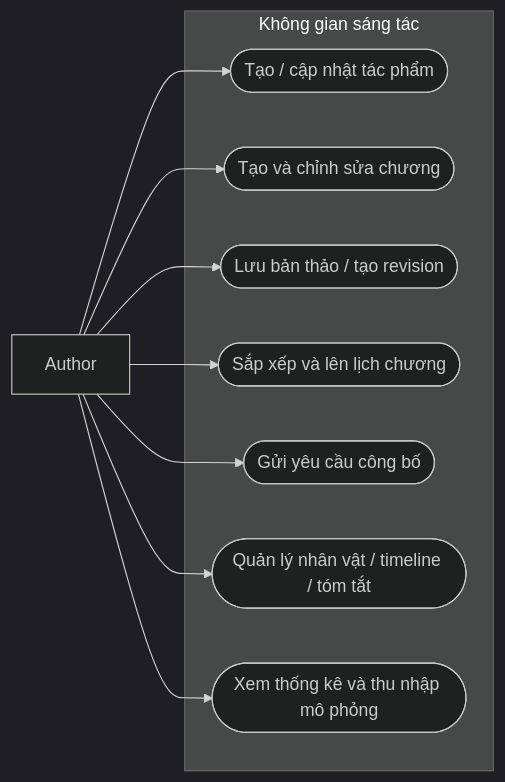
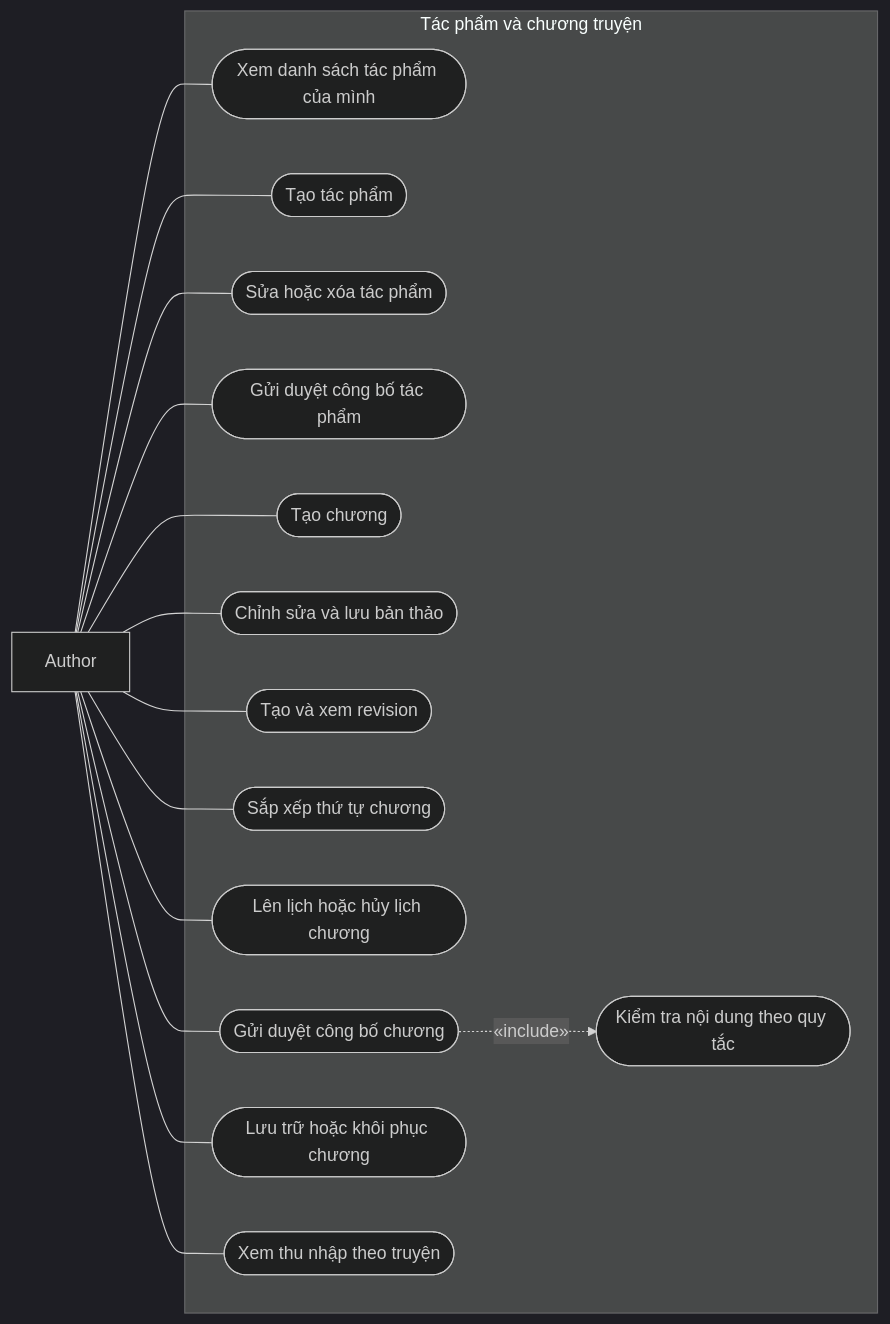
One commit to Ephurin/Novel_sharing_platform changed the sixth of 25 diagrams in docs/BAO_CAO_CHUONG_3.md. Above: the diagram before and after it, drawn with Mermaid (dark theme). The commit also changed other lines of this file, not shown here.

Commit message:
docs: expand Chapter 3 use cases to detailed domain diagrams based on main

````diff
--- a/docs/BAO_CAO_CHUONG_3.md
+++ b/docs/BAO_CAO_CHUONG_3.md
@@ -169,20 +252,32 @@
 ```mermaid
 flowchart LR
     A["Author"]
-    subgraph SYS["Không gian sáng tác"]
-      U1(["Tạo / cập nhật tác phẩm"])
-      U2(["Tạo và chỉnh sửa chương"])
-      U3(["Lưu bản thảo / tạo revision"])
-      U4(["Sắp xếp và lên lịch chương"])
-      U5(["Gửi yêu cầu công bố"])
-      U6(["Quản lý nhân vật / timeline / tóm tắt"])
-      U7(["Xem thống kê và thu nhập mô phỏng"])
+    subgraph SYS["Tác phẩm và chương truyện"]
+        U1(["Xem danh sách tác phẩm của mình"])
+        U2(["Tạo tác phẩm"])
+        U3(["Sửa hoặc xóa tác phẩm"])
+        U4(["Gửi duyệt công bố tác phẩm"])
+        U5(["Tạo chương"])
+        U6(["Chỉnh sửa và lưu bản thảo"])
+        U7(["Tạo và xem revision"])
+        U8(["Sắp xếp thứ tự chương"])
+        U9(["Lên lịch hoặc hủy lịch chương"])
+        U10(["Gửi duyệt công bố chương"])
+        U11(["Lưu trữ hoặc khôi phục chương"])
+        U12(["Xem thu nhập theo truyện"])
+        U13(["Kiểm tra nội dung theo quy tắc"])
     end
-    A --> U1
-    A --> U2
-    A --> U3
-    A --> U4
-    A --> U5
-    A --> U6
-    A --> U7
+    A --- U1
+    A --- U2
+    A --- U3
+    A --- U4
+    A --- U5
+    A --- U6
+    A --- U7
+    A --- U8
+    A --- U9
+    A --- U10
+    A --- U11
+    A --- U12
+    U10 -.->|"«include»"| U13
 ```
````
